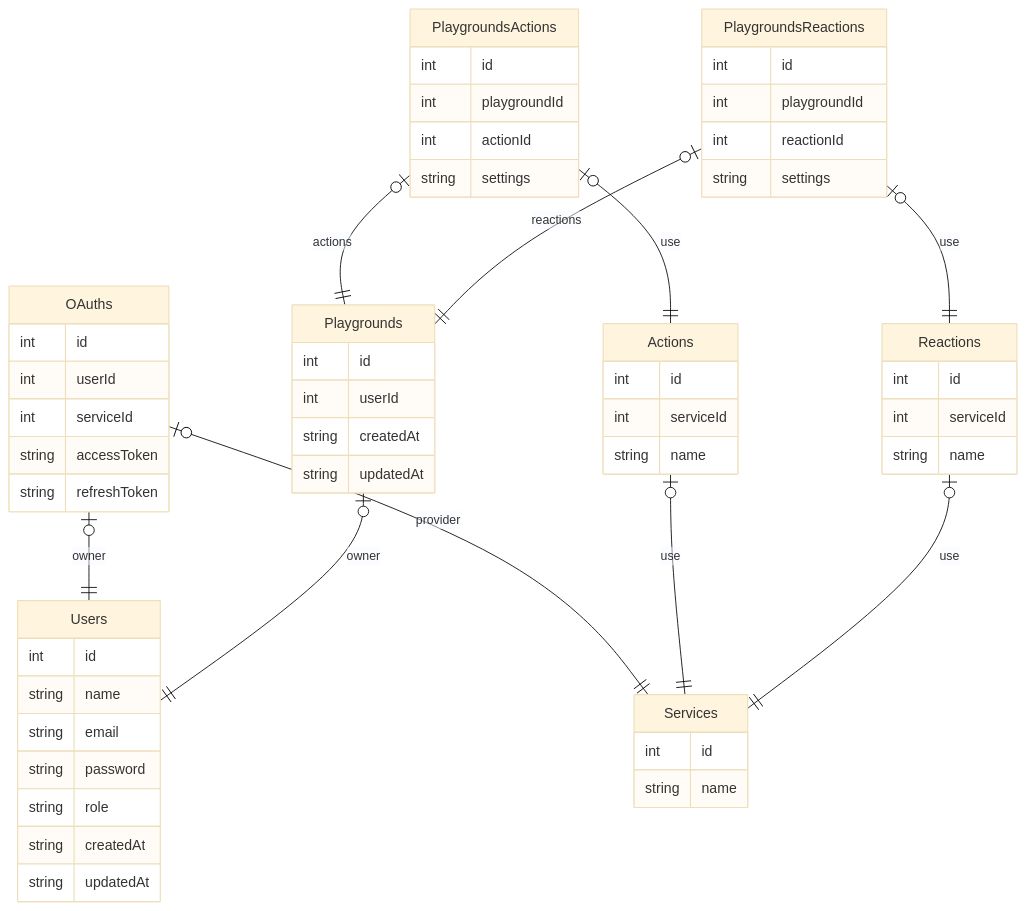
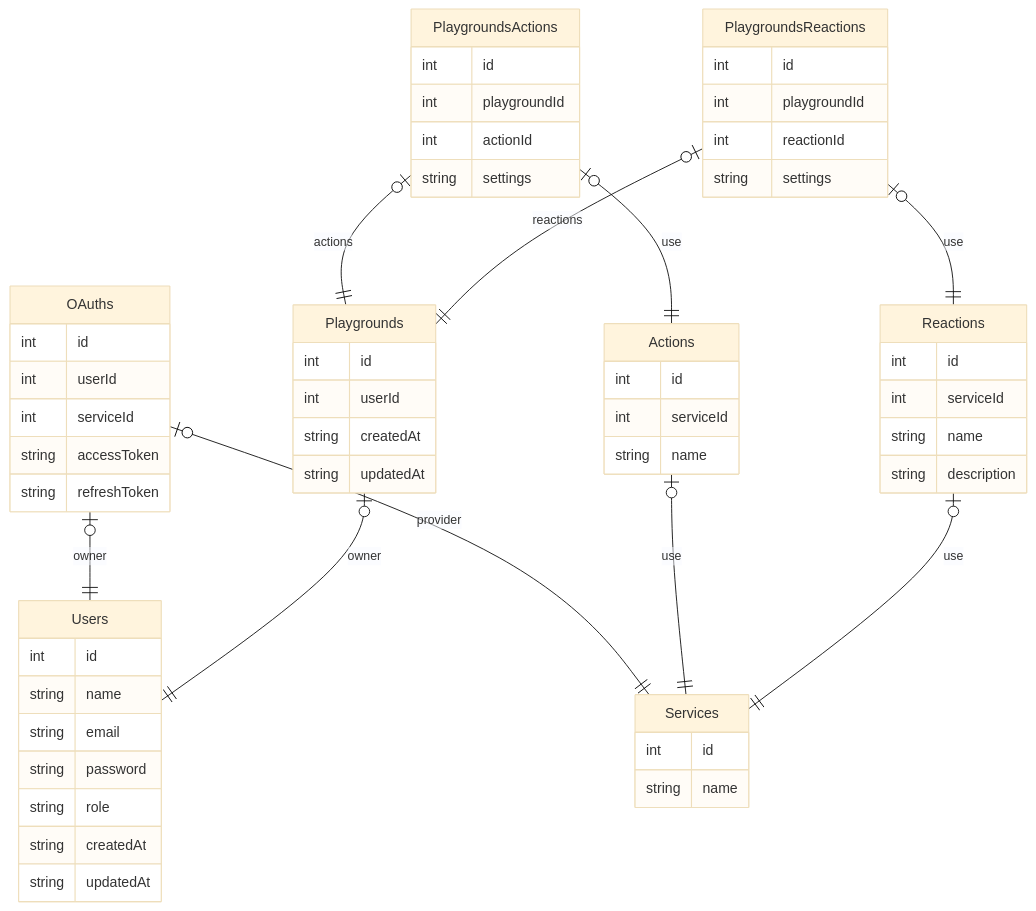
One commit to TriggerMeNot/backend changed the diagram in README.md. Above: the diagram before and after it, drawn with Mermaid (base theme). The commit also changed 6 other files, not shown here.

````diff
--- a/README.md
+++ b/README.md
@@ -137,68 +137,69 @@
 ```mermaid
 erDiagram
 
 Users {
     int id
     string name
     string email
     string password
     string role
     string createdAt
     string updatedAt
 }
 
 Services {
     int id
     string name
 }
 
 OAuths {
     int id
     int userId
     int serviceId
     string accessToken
     string refreshToken
 }
 OAuths |o--|| Users : owner
 OAuths |o--|| Services : provider
 
 Actions {
     int id
     int serviceId
     string name
 }
 Actions |o--|| Services : use
 
 Reactions {
     int id
     int serviceId
     string name
+    string description
 }
 Reactions |o--|| Services : use
 
 Playgrounds {
     int id
     int userId
     string createdAt
     string updatedAt
 }
 Playgrounds |o--|| Users : owner
 
 PlaygroundsActions {
     int id
     int playgroundId
     int actionId
     string settings
 }
 PlaygroundsActions |o--|| Playgrounds : actions
 PlaygroundsActions |o--|| Actions : use
 
 PlaygroundsReactions {
     int id
     int playgroundId
     int reactionId
     string settings
 }
 PlaygroundsReactions |o--|| Playgrounds : reactions
 PlaygroundsReactions |o--|| Reactions : use
 ```
````
